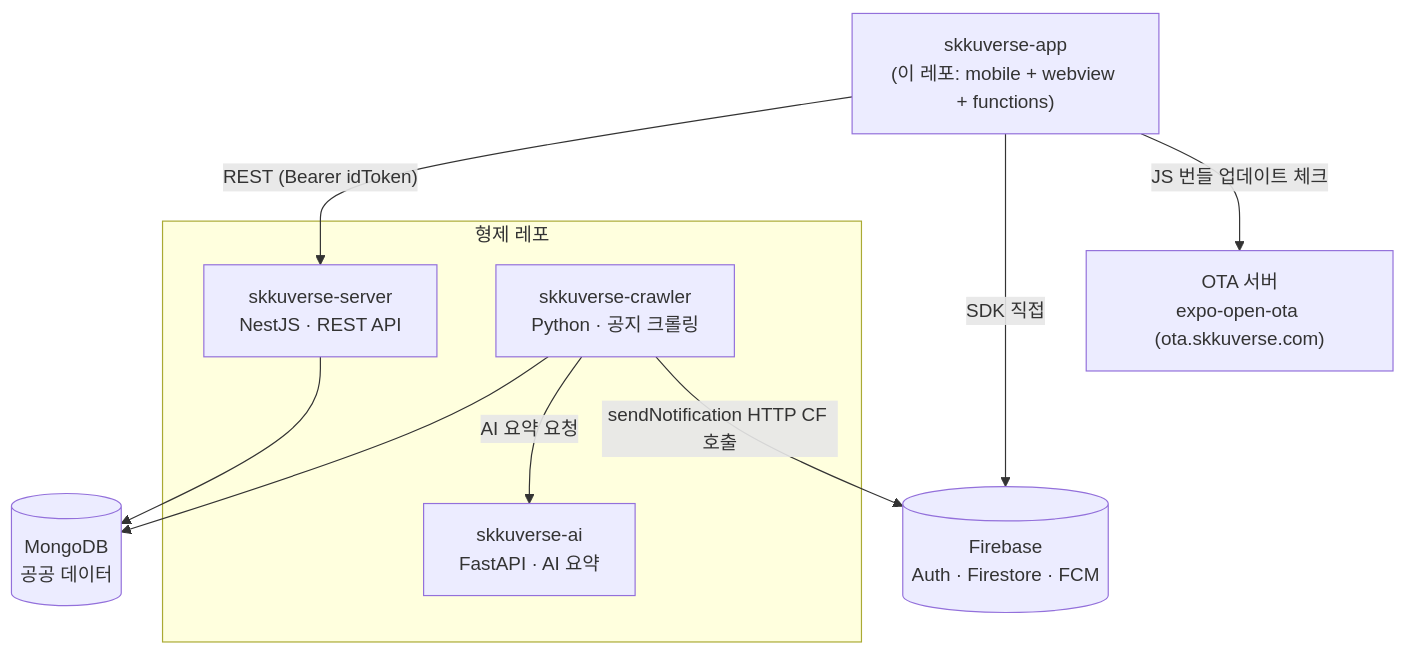
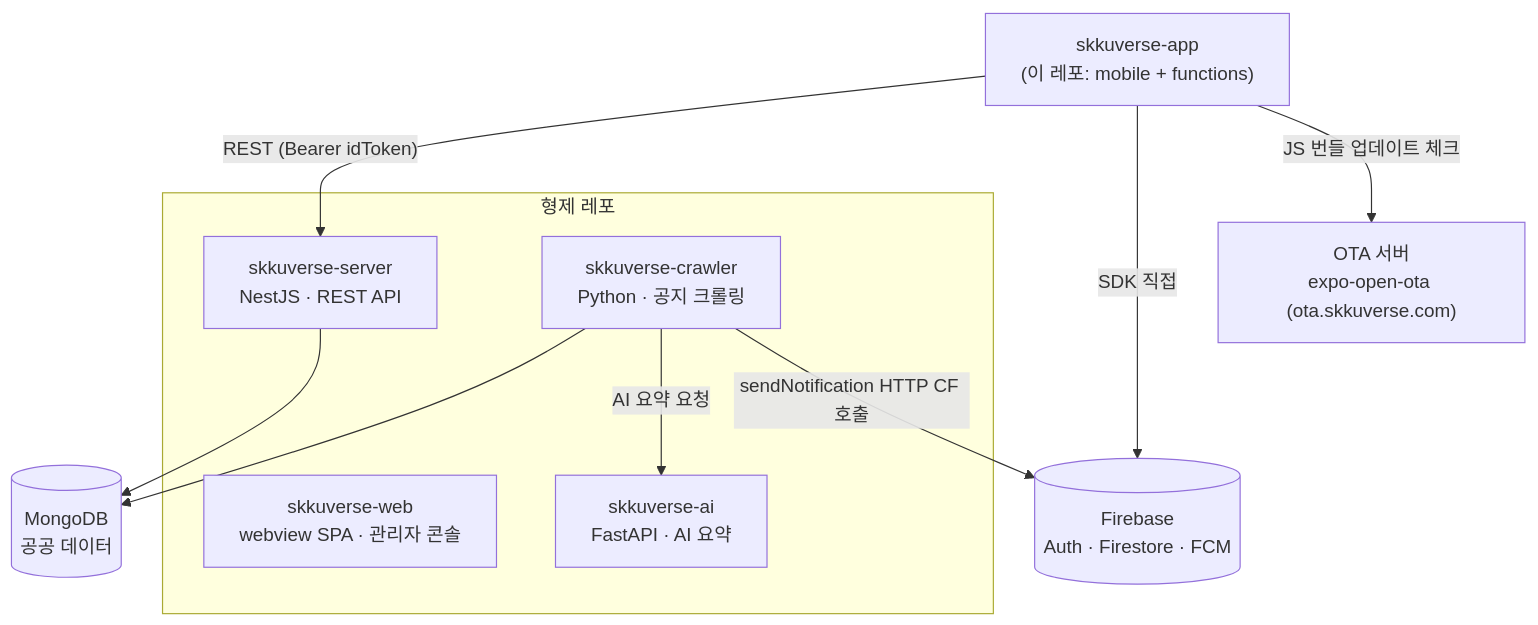
One commit to spencer0124/skkuverse-app changed the second of 2 diagrams in docs/explanation/architecture.md. Above: the diagram before and after it, drawn with Mermaid. The commit also changed other lines of this file and 33 other files, not shown here.

First line of the commit message:
chore: remove apps/webview, now shipping from skkuverse-web

````diff
--- a/docs/explanation/architecture.md
+++ b/docs/explanation/architecture.md
@@ -89,22 +88,23 @@
 ```mermaid
 flowchart TB
-  APP["skkuverse-app<br/>(이 레포: mobile + webview + functions)"]
+  APP["skkuverse-app<br/>(이 레포: mobile + functions)"]
 
   subgraph backend["형제 레포"]
+    WEB["skkuverse-web<br/>webview SPA · 관리자 콘솔"]
     SRV["skkuverse-server<br/>NestJS · REST API"]
     CRW["skkuverse-crawler<br/>Python · 공지 크롤링"]
     AI["skkuverse-ai<br/>FastAPI · AI 요약"]
   end
 
   MDB[("MongoDB<br/>공공 데이터")]
   FB[("Firebase<br/>Auth · Firestore · FCM")]
   OTA["OTA 서버<br/>expo-open-ota (ota.skkuverse.com)"]
 
   APP -- "REST (Bearer idToken)" --> SRV
   APP -- "SDK 직접" --> FB
   APP -- "JS 번들 업데이트 체크" --> OTA
   SRV --> MDB
   CRW --> MDB
   CRW -- "AI 요약 요청" --> AI
   CRW -- "sendNotification HTTP CF 호출" --> FB
 ```
````
